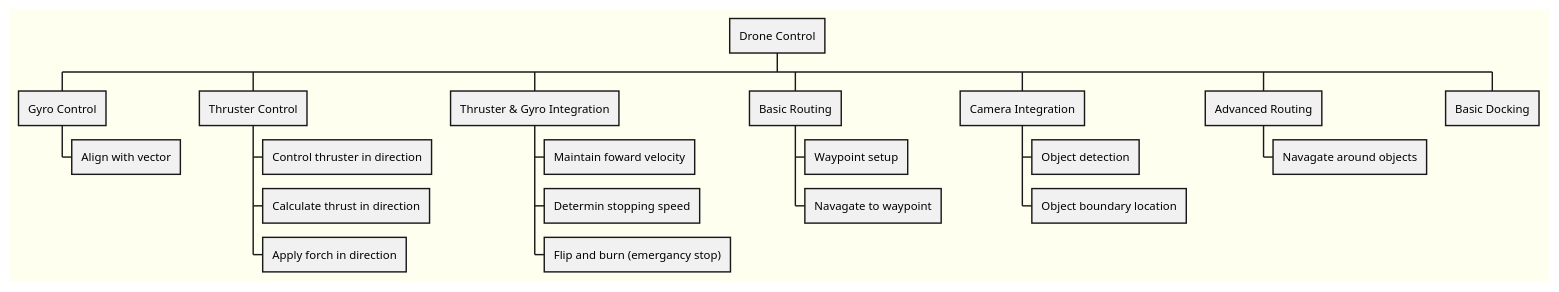
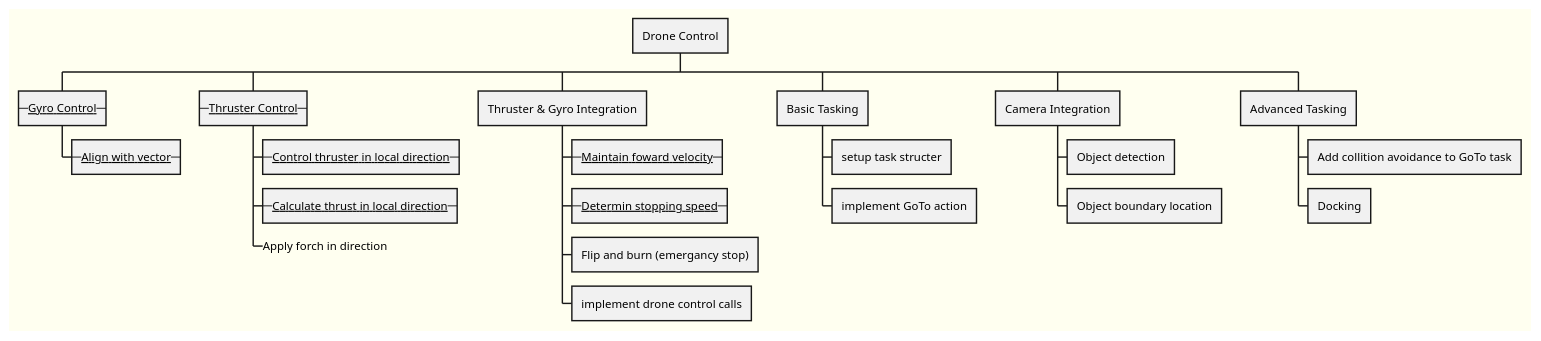
Before and after one commit to jacob7395/DroneControl: the diagram in DroneControl/WorkBreakdown.pu, drawn with PlantUML. The commit also changed 1 other file, not shown here.

```diff
--- a/DroneControl/WorkBreakdown.pu
+++ b/DroneControl/WorkBreakdown.pu
@@ -1,24 +1,25 @@
-@startwbs
+@startwbs Work Breackdown
 skinparam backgroundColor ivory
 
 + Drone Control
- + Gyro Control
-  + Align with vector
- + Thruster Control
-  + Control thruster in direction
-  + Calculate thrust in direction
-  + Apply forch in direction
- + Thruster & Gyro Integration
-  + Maintain foward velocity
-  + Determin stopping speed
-  + Flip and burn (emergancy stop)
- + Basic Routing
-  + Waypoint setup
-  + Navagate to waypoint
- + Camera Integration
-  + Object detection
-  + Object boundary location
- + Advanced Routing
-  + Navagate around objects
- + Basic Docking
+++ --__Gyro Control__--
++++ --__Align with vector__--
+++ --__Thruster Control__--
++++ --__Control thruster in local direction__--
++++ --__Calculate thrust in local direction__--
++++_ Apply forch in direction
+++ Thruster & Gyro Integration
++++ --__Maintain foward velocity__--
++++ --__Determin stopping speed__--
++++ Flip and burn (emergancy stop)
++++ implement drone control calls
+++ Basic Tasking
++++ setup task structer
++++ implement GoTo action
+++ Camera Integration
++++ Object detection
++++ Object boundary location
+++ Advanced Tasking
++++ Add collition avoidance to GoTo task
++++ Docking
 @endwbs
```
